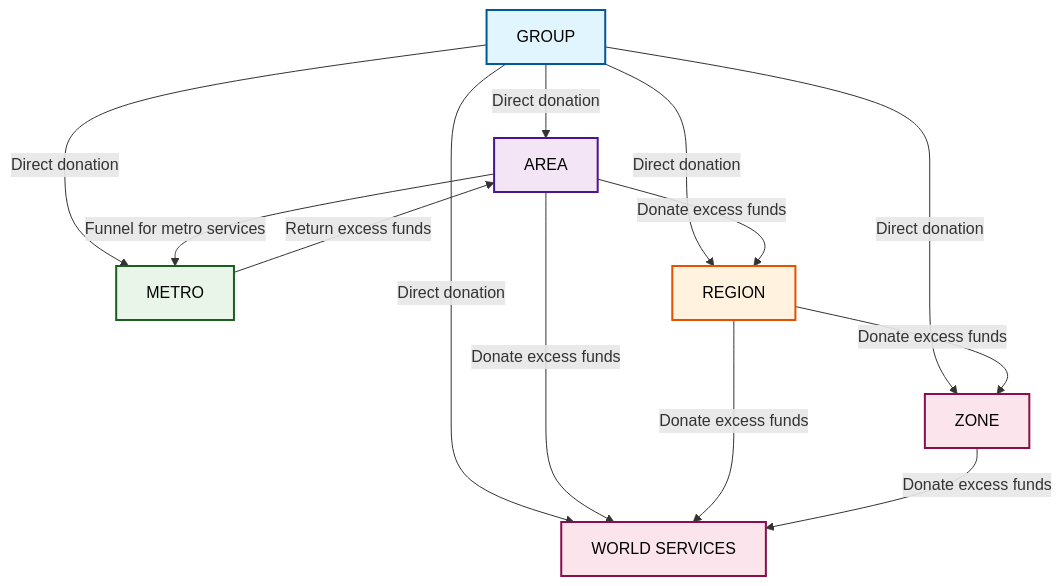
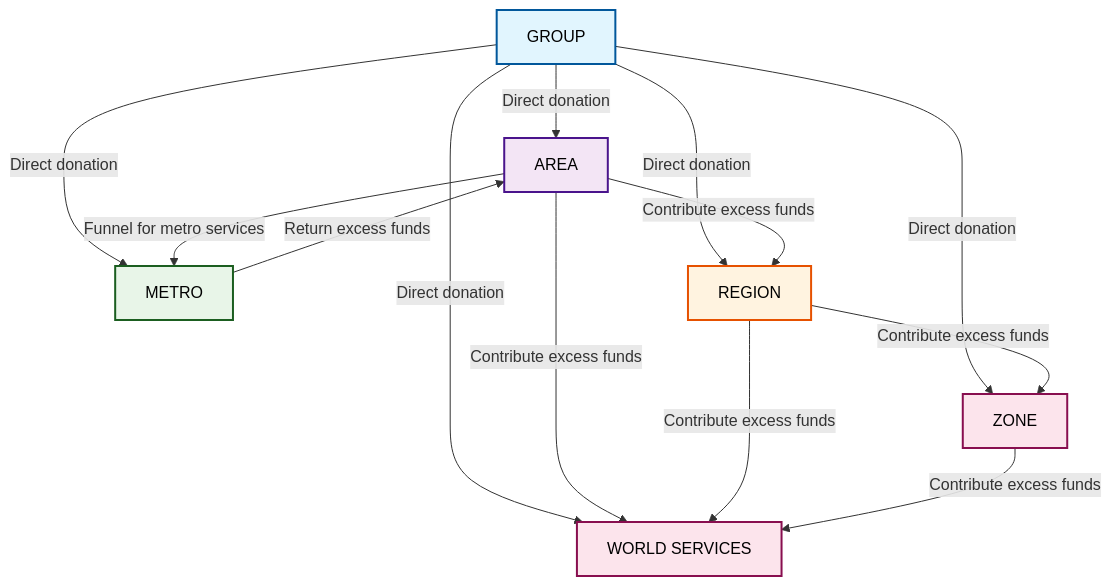
The diagram in README.md (pjaudiomv/na-diagrams), drawn with Mermaid before and after one commit.

Commit message:
contribute

````diff
--- a/README.md
+++ b/README.md
@@ -5,40 +5,40 @@
 ```mermaid
 flowchart TD
     GROUP[GROUP]
     AREA[AREA]
     METRO[METRO]
     REGION[REGION]
     ZONE[ZONE]
     WORLD[WORLD SERVICES]
 
 %% Direct donations from groups
     GROUP -->|Direct donation| AREA
     GROUP -->|Direct donation| METRO
     GROUP -->|Direct donation| REGION
     GROUP -->|Direct donation| ZONE
     GROUP -->|Direct donation| WORLD
 
 %% Fund flow through hierarchy
     AREA -->|Funnel for metro services| METRO
     METRO -->|Return excess funds| AREA
-    AREA -->|Donate excess funds| REGION
-    AREA -->|Donate excess funds| WORLD
-    REGION -->|Donate excess funds| ZONE
-    REGION -->|Donate excess funds| WORLD
-    ZONE -->|Donate excess funds| WORLD
+    AREA -->|Contribute excess funds| REGION
+    AREA -->|Contribute excess funds| WORLD
+    REGION -->|Contribute excess funds| ZONE
+    REGION -->|Contribute excess funds| WORLD
+    ZONE -->|Contribute excess funds| WORLD
     
 %% Styling
     classDef groupStyle fill:#e1f5fe,stroke:#01579b,color:#000,stroke-width:2px
     classDef areaStyle fill:#f3e5f5,stroke:#4a148c,color:#000,stroke-width:2px
     classDef metroStyle fill:#e8f5e8,stroke:#1b5e20,color:#000,stroke-width:2px
     classDef regionStyle fill:#fff3e0,stroke:#e65100,color:#000,stroke-width:2px
     classDef worldStyle fill:#fce4ec,stroke:#880e4f,color:#000,stroke-width:2px
     classDef zoneStyle fill:#fce4ec,stroke:#880e4f,color:#000,stroke-width:2px
 
     class GROUP groupStyle
     class AREA areaStyle
     class METRO metroStyle
     class REGION regionStyle
     class WORLD worldStyle
     class ZONE zoneStyle
 ```
````
